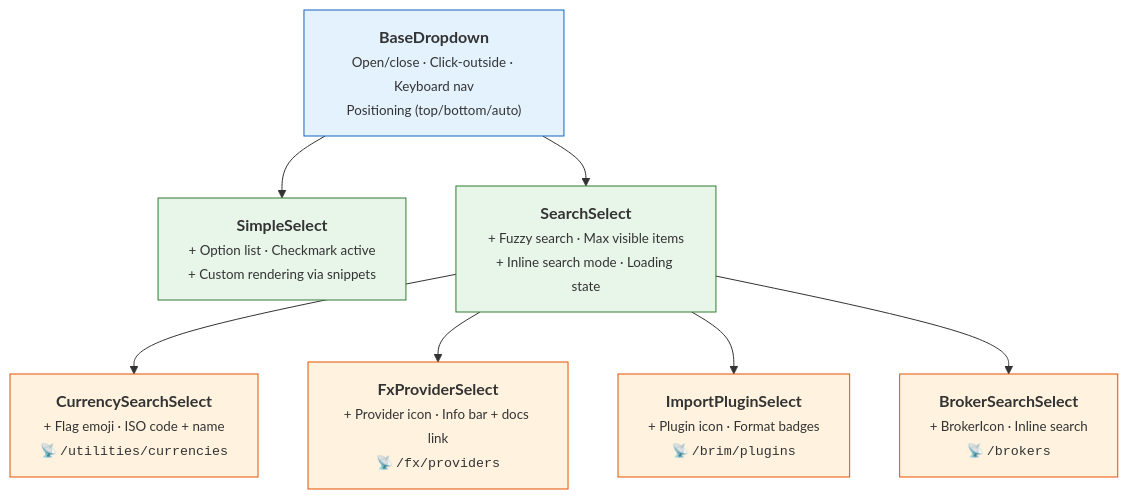
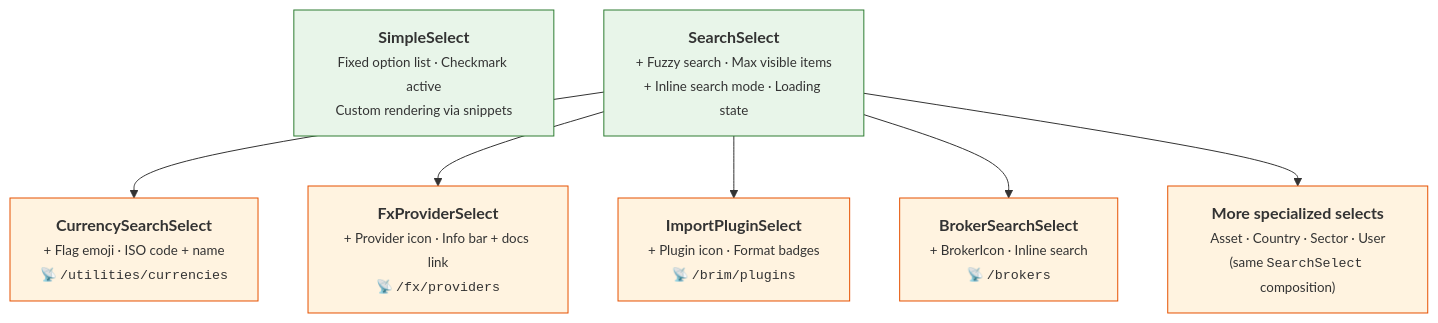
The diagram in mkdocs_src/docs/developer/frontend/components/core-ui/select.md (Librefolio/LibreFolio), drawn with Mermaid before and after one commit. The commit also changed other lines of this file and 87 other files, not shown here.

````diff
--- a/mkdocs_src/docs/developer/frontend/components/core-ui/select.md
+++ b/mkdocs_src/docs/developer/frontend/components/core-ui/select.md
@@ -9,24 +13,24 @@
 ```mermaid
 graph TD
-    BD["<b>BaseDropdown</b><br/><small>Open/close · Click-outside · Keyboard nav<br/>Positioning (top/bottom/auto)</small>"]
+    SS["<b>SimpleSelect</b><br/><small>Fixed option list · Checkmark active<br/>Custom rendering via snippets</small>"]
 
-    BD --> SS["<b>SimpleSelect</b><br/><small>+ Option list · Checkmark active<br/>+ Custom rendering via snippets</small>"]
-
-    BD --> SrS["<b>SearchSelect</b><br/><small>+ Fuzzy search · Max visible items<br/>+ Inline search mode · Loading state</small>"]
+    SrS["<b>SearchSelect</b><br/><small>+ Fuzzy search · Max visible items<br/>+ Inline search mode · Loading state</small>"]
 
     SrS --> CSS["<b>CurrencySearchSelect</b><br/><small>+ Flag emoji · ISO code + name<br/>📡 <code>/utilities/currencies</code></small>"]
 
     SrS --> FPS["<b>FxProviderSelect</b><br/><small>+ Provider icon · Info bar + docs link<br/>📡 <code>/fx/providers</code></small>"]
 
     SrS --> IPS["<b>ImportPluginSelect</b><br/><small>+ Plugin icon · Format badges<br/>📡 <code>/brim/plugins</code></small>"]
 
     SrS --> BSS["<b>BrokerSearchSelect</b><br/><small>+ BrokerIcon · Inline search<br/>📡 <code>/brokers</code></small>"]
 
-    style BD fill:#e3f2fd,stroke:#1565c0
+    SrS --> MORE["<b>More specialized selects</b><br/><small>Asset · Country · Sector · User<br/>(same <code>SearchSelect</code> composition)</small>"]
+
     style SS fill:#e8f5e9,stroke:#2e7d32
     style SrS fill:#e8f5e9,stroke:#2e7d32
     style CSS fill:#fff3e0,stroke:#e65100
     style FPS fill:#fff3e0,stroke:#e65100
     style IPS fill:#fff3e0,stroke:#e65100
     style BSS fill:#fff3e0,stroke:#e65100
+    style MORE fill:#fff3e0,stroke:#e65100
 ```
````
